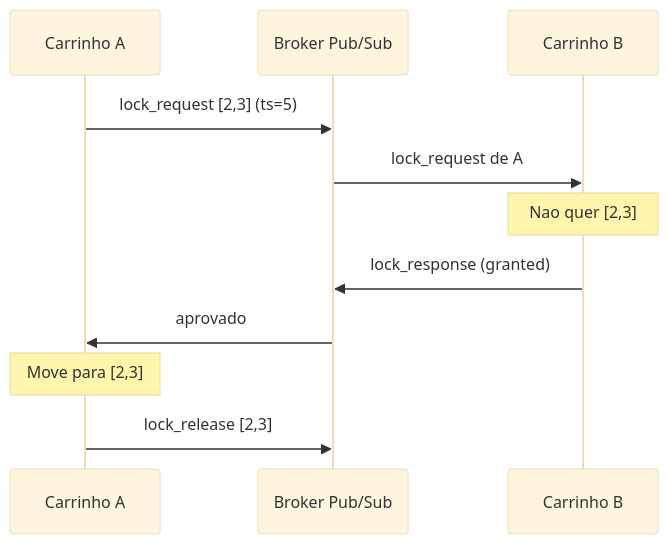
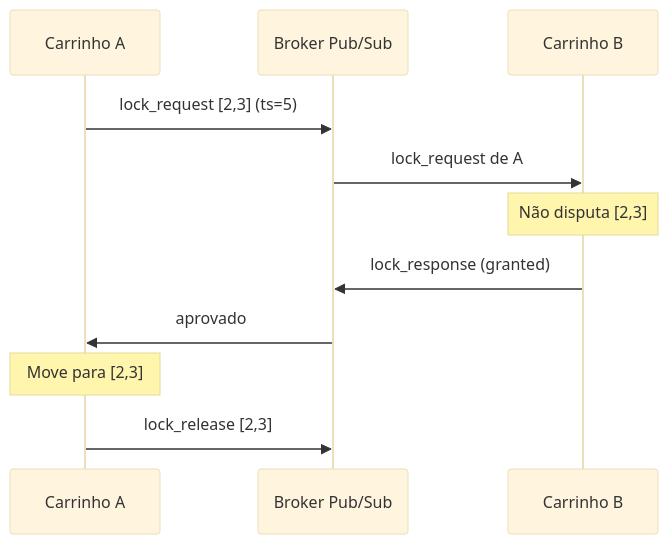
One commit to kaualimadesouza/EP_DSID changed the second of 5 diagrams in docs/PLANNING.md. Above: the diagram before and after it, drawn with Mermaid (base theme). The commit also changed other lines of this file and 5 other files, not shown here.

````diff
--- a/docs/PLANNING.md
+++ b/docs/PLANNING.md
@@ -75,14 +91,14 @@
 ```mermaid
 sequenceDiagram
     participant A as Carrinho A
     participant Broker as Broker Pub/Sub
     participant B as Carrinho B
 
     A->>Broker: lock_request [2,3] (ts=5)
     Broker->>B: lock_request de A
-    Note over B: Nao quer [2,3]
+    Note over B: Não disputa [2,3]
     B->>Broker: lock_response (granted)
     Broker->>A: aprovado
     Note over A: Move para [2,3]
     A->>Broker: lock_release [2,3]
 ```
````
